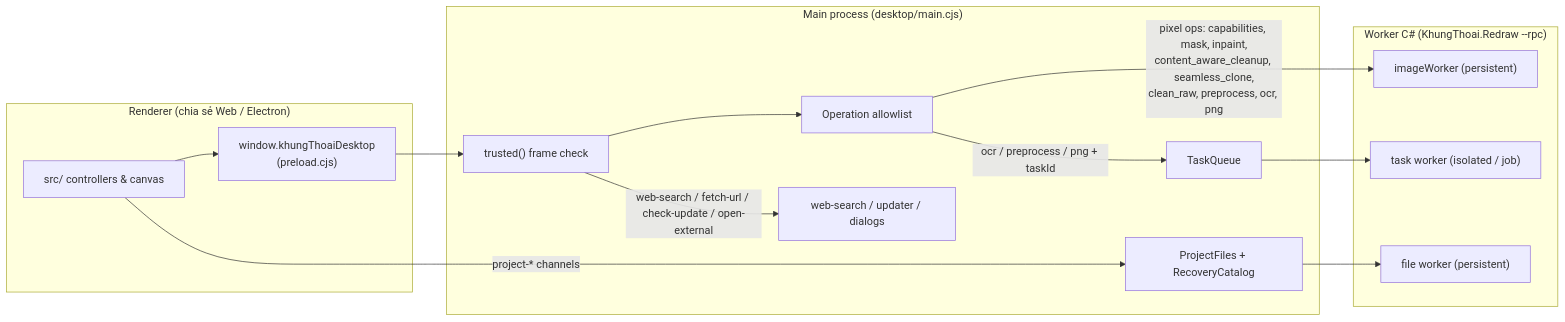
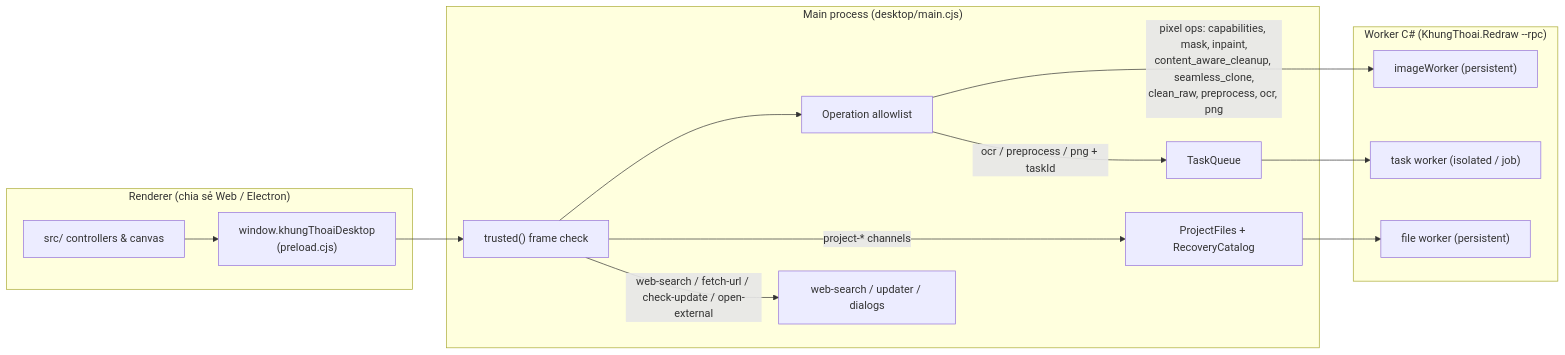
One commit to ArturLauche/Nixio changed the first of 6 diagrams in docs/architecture.md. Above: the diagram before and after it, drawn with Mermaid. The commit also changed other lines of this file, not shown here.

Commit message:
Align architecture diagrams and lifecycle descriptions with code

````diff
--- a/docs/architecture.md
+++ b/docs/architecture.md
@@ -9,27 +9,27 @@
 ```mermaid
 flowchart LR
     subgraph Renderer["Renderer (chia sẻ Web / Electron)"]
         UI["src/ controllers & canvas"]
         Bridge["window.khungThoaiDesktop<br/>(preload.cjs)"]
     end
 
     subgraph Main["Main process (desktop/main.cjs)"]
         Trusted["trusted() frame check"]
         Allow["Operation allowlist"]
         PF["ProjectFiles + RecoveryCatalog"]
         TQ["TaskQueue"]
         WS["web-search / updater / dialogs"]
     end
 
     subgraph Workers["Worker C# (KhungThoai.Redraw --rpc)"]
         IW["imageWorker (persistent)"]
         FW["file worker (persistent)"]
         TW["task worker (isolated / job)"]
     end
 
     UI --> Bridge --> Trusted --> Allow
     Allow -->|"pixel ops: capabilities, mask, inpaint,<br/>content_aware_cleanup, seamless_clone,<br/>clean_raw, preprocess, ocr, png"| IW
     Allow -->|"ocr / preprocess / png + taskId"| TQ --> TW
-    UI -->|"project-* channels"| PF --> FW
+    Trusted -->|"project-* channels"| PF --> FW
     Trusted -->|"web-search / fetch-url / check-update / open-external"| WS
 ```
````
